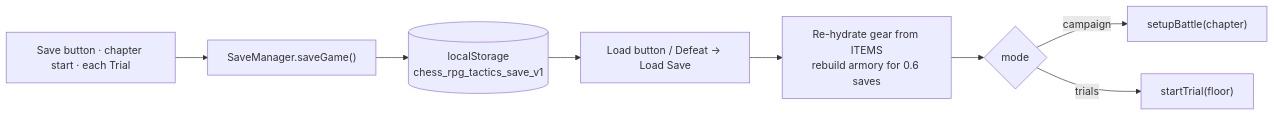
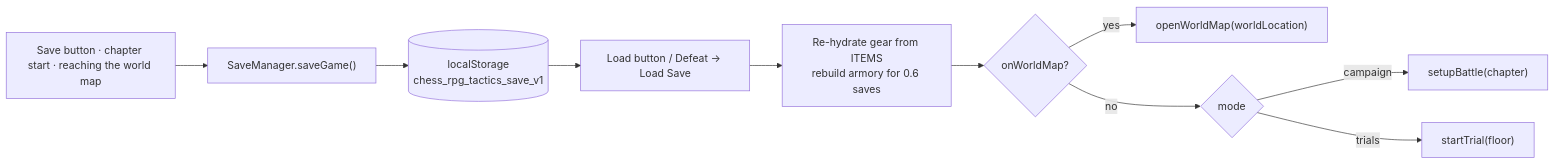
One commit to CptNope/Chess-RPG-Tactics changed the eighth of 10 diagrams in docs/ARCHITECTURE.md. Above: the diagram before and after it, drawn with Mermaid. The commit also changed other lines of this file and 43 other files, not shown here.

````diff
--- a/docs/ARCHITECTURE.md
+++ b/docs/ARCHITECTURE.md
@@ -299,10 +320,12 @@
 ```mermaid
 flowchart LR
-    Save["Save button · chapter start · each Trial"] --> SM["SaveManager.saveGame()"]
+    Save["Save button · chapter start · reaching the world map"] --> SM["SaveManager.saveGame()"]
     SM --> LS[("localStorage<br/>chess_rpg_tactics_save_v1")]
     LS --> Load["Load button / Defeat → Load Save"]
     Load --> Hydrate["Re-hydrate gear from ITEMS<br/>rebuild armory for 0.6 saves"]
-    Hydrate --> Mode{"mode"}
+    Hydrate --> OnMap{"onWorldMap?"}
+    OnMap -- yes --> World["openWorldMap(worldLocation)"]
+    OnMap -- no --> Mode{"mode"}
     Mode -- campaign --> Chapter["setupBattle(chapter)"]
     Mode -- trials --> Trial["startTrial(floor)"]
 ```
````
